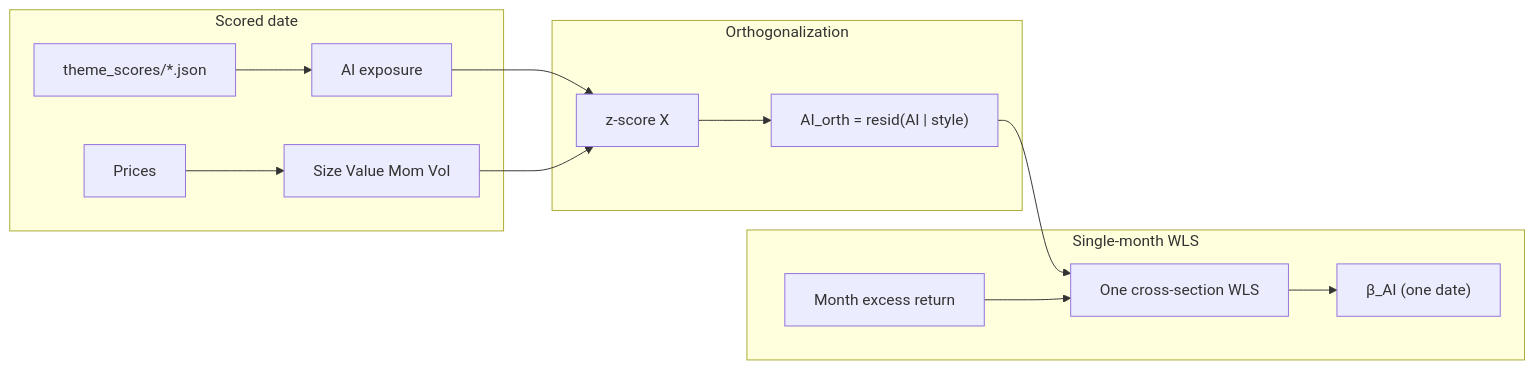
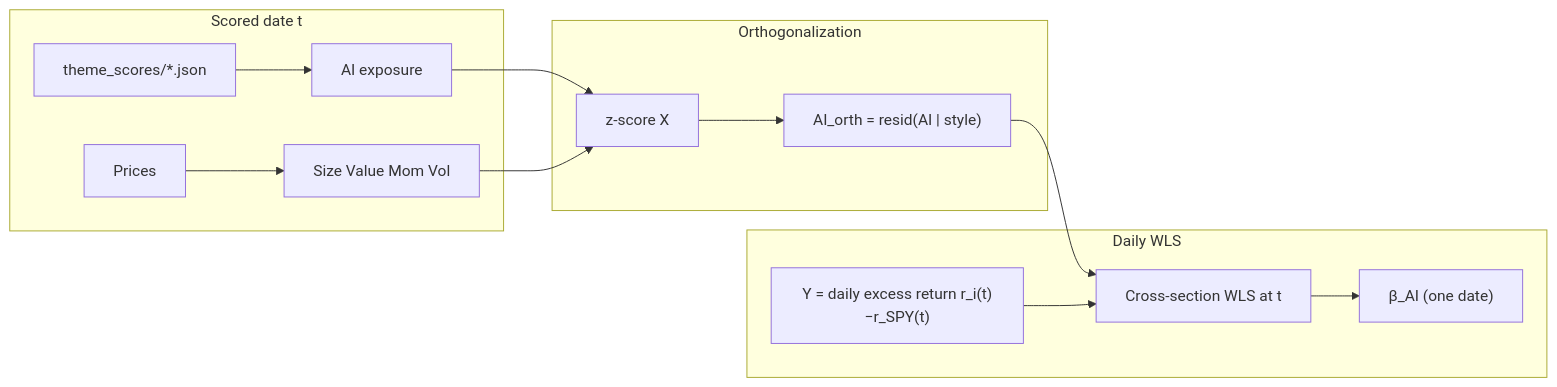
Before and after one commit to wanmingz/ai_factor_barra: the second of 5 diagrams in README.md, drawn with Mermaid. The commit also changed other lines of this file, not shown here.

````diff
--- a/README.md
+++ b/README.md
@@ -153,19 +218,19 @@
 ```mermaid
 flowchart LR
-    subgraph signal [Scored date]
+    subgraph signal [Scored date t]
         JSON[theme_scores/*.json] --> AIraw[AI exposure]
         PX[Prices] --> Style[Size Value Mom Vol]
     end
 
     subgraph orth [Orthogonalization]
         AIraw --> ZS[z-score X]
         Style --> ZS
         ZS --> Resid["AI_orth = resid(AI | style)"]
     end
 
-    subgraph barra [Single-month WLS]
-        Resid --> WLS[One cross-section WLS]
-        Ymonth[Month excess return] --> WLS
+    subgraph barra [Daily WLS]
+        Resid --> WLS[Cross-section WLS at t]
+        Ydaily["Y = daily excess return r_i(t)−r_SPY(t)"] --> WLS
         WLS --> Beta["β_AI (one date)"]
     end
 ```
````
